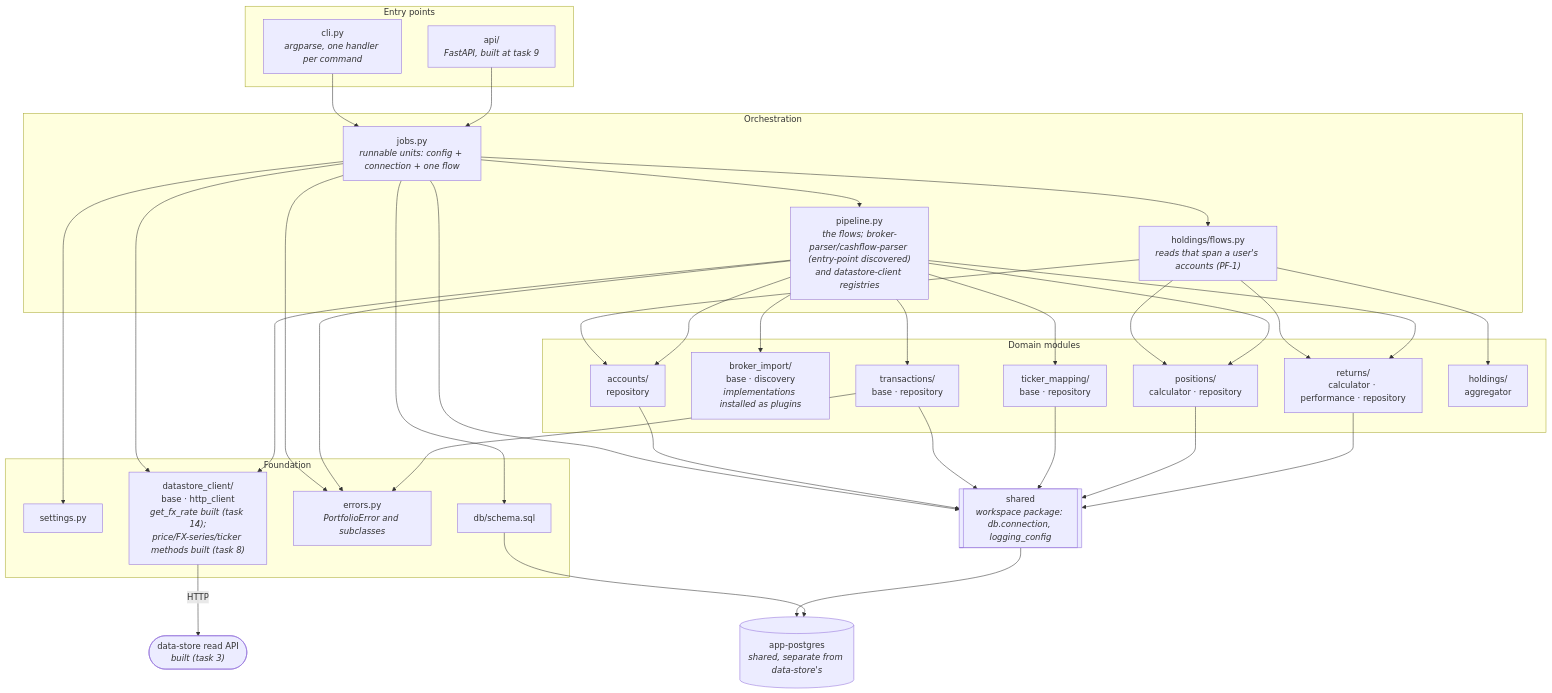
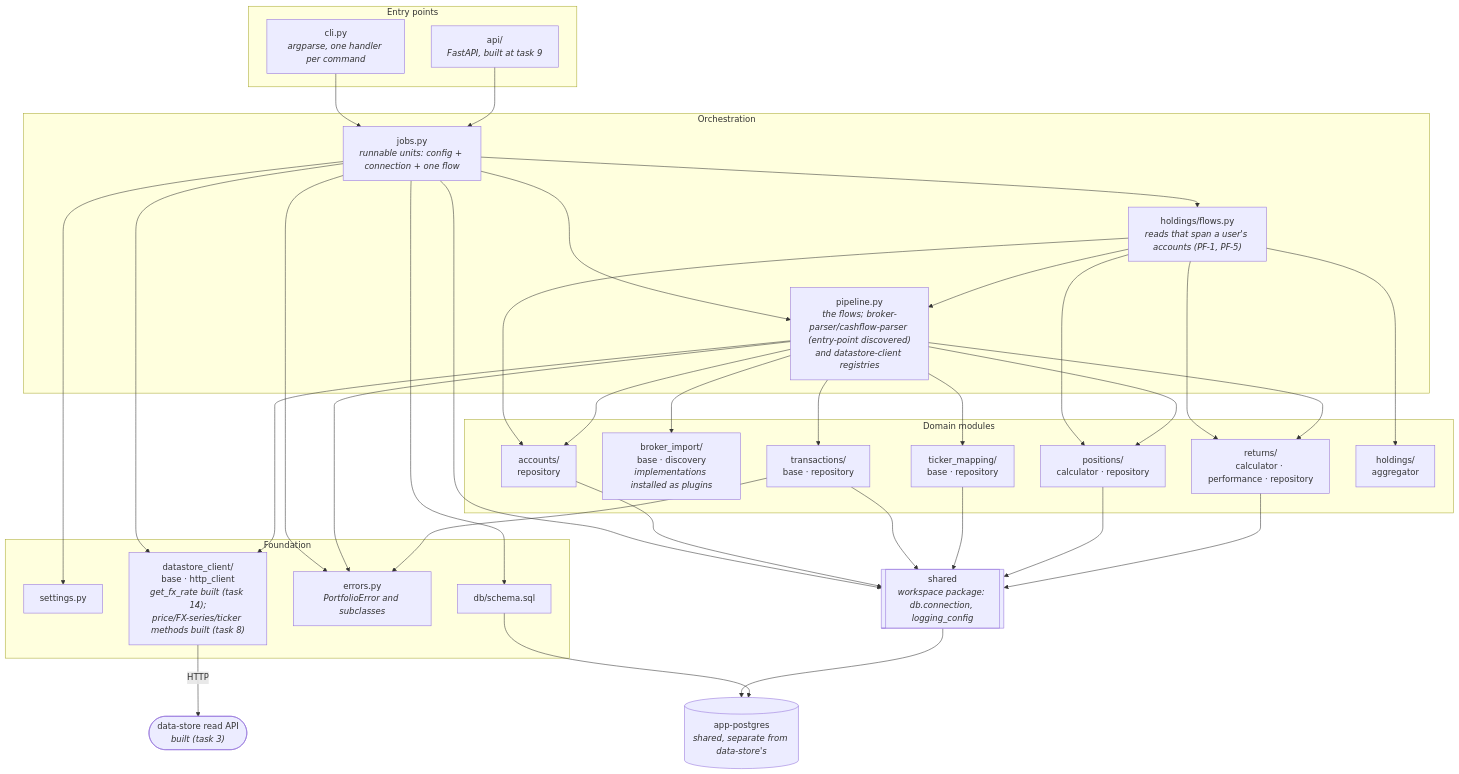
One commit to jpedropereira/Stakehold changed the first of 2 diagrams in services/portfolio/docs/architecture.md. Above: the diagram before and after it, drawn with Mermaid. The commit also changed other lines of this file and 14 other files, not shown here.

````diff
--- a/services/portfolio/docs/architecture.md
+++ b/services/portfolio/docs/architecture.md
@@ -59,65 +59,66 @@
 ```mermaid
 flowchart TD
     subgraph entry["Entry points"]
         CLI["cli.py<br/><i>argparse, one handler per command</i>"]
         API["api/<br/><i>FastAPI, built at task 9</i>"]
     end
 
     subgraph orch["Orchestration"]
         JOBS["jobs.py<br/><i>runnable units: config + connection + one flow</i>"]
         PIPE["pipeline.py<br/><i>the flows; broker-parser/cashflow-parser (entry-point discovered)<br/>and datastore-client registries</i>"]
-        HFLOW["holdings/flows.py<br/><i>reads that span a user's accounts (PF-1)</i>"]
+        HFLOW["holdings/flows.py<br/><i>reads that span a user's accounts (PF-1, PF-5)</i>"]
     end
 
     subgraph domain["Domain modules"]
         ACC["accounts/<br/>repository"]
         IMP["broker_import/<br/>base · discovery<br/><i>implementations installed as plugins</i>"]
         MAP["ticker_mapping/<br/>base · repository"]
         TXN["transactions/<br/>base · repository"]
         POS["positions/<br/>calculator · repository"]
         RET["returns/<br/>calculator · performance · repository"]
         HOLD["holdings/<br/>aggregator"]
     end
 
     subgraph found["Foundation"]
         SET["settings.py"]
         DB["db/schema.sql"]
         ERR["errors.py<br/><i>PortfolioError and subclasses</i>"]
         DSC["datastore_client/<br/>base · http_client<br/><i>get_fx_rate built (task 14);<br/>price/FX-series/ticker methods built (task 8)</i>"]
     end
 
     SH[["shared<br/><i>workspace package: db.connection, logging_config</i>"]]
     PG[("app-postgres<br/><i>shared, separate from data-store's</i>")]
     DSAPI(["data-store read API<br/><i>built (task 3)</i>"])
 
     CLI --> JOBS
     API --> JOBS
     JOBS --> PIPE
     JOBS --> HFLOW
     HFLOW --> ACC
     HFLOW --> POS
     HFLOW --> RET
     HFLOW --> HOLD
+    HFLOW --> PIPE
     JOBS --> SET
     JOBS --> DB
     JOBS --> ERR
     JOBS --> DSC
     PIPE --> ACC
     PIPE --> IMP
     PIPE --> MAP
     PIPE --> TXN
     PIPE --> POS
     PIPE --> RET
     PIPE --> DSC
     PIPE --> ERR
     TXN --> ERR
     JOBS --> SH
     ACC --> SH
     TXN --> SH
     MAP --> SH
     POS --> SH
     RET --> SH
     SH --> PG
     DB --> PG
     DSC -->|HTTP| DSAPI
 ```
````
